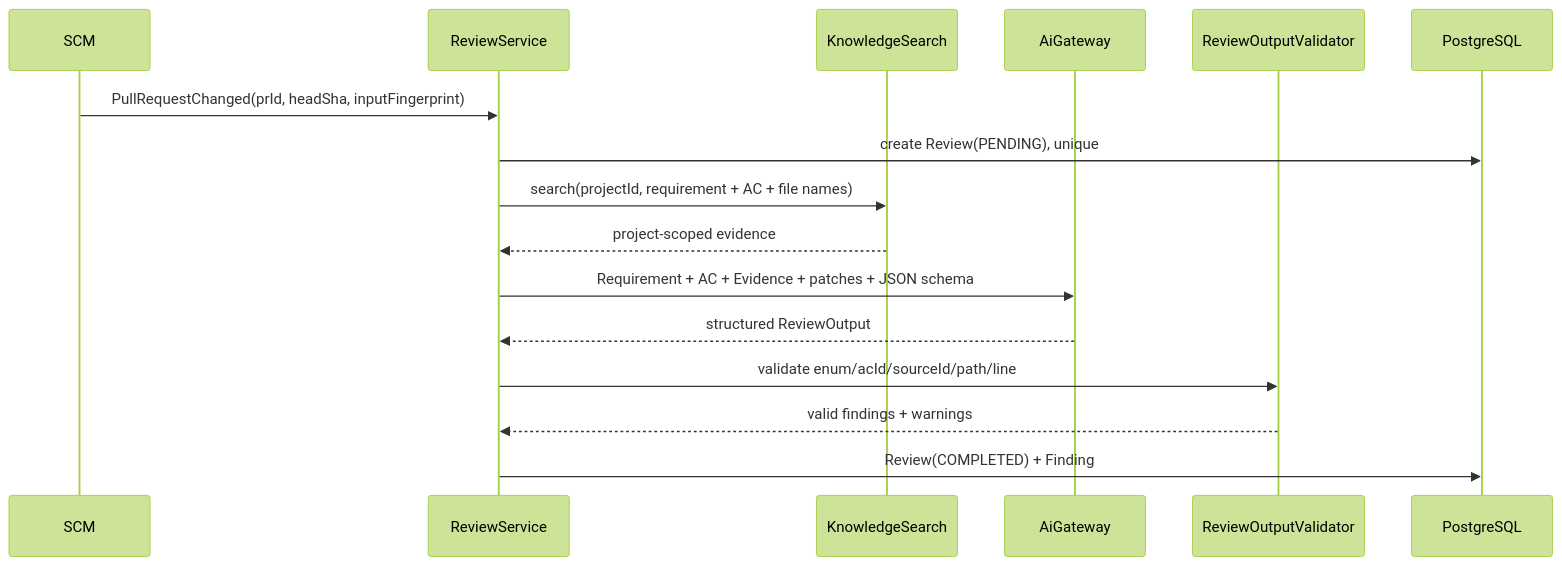
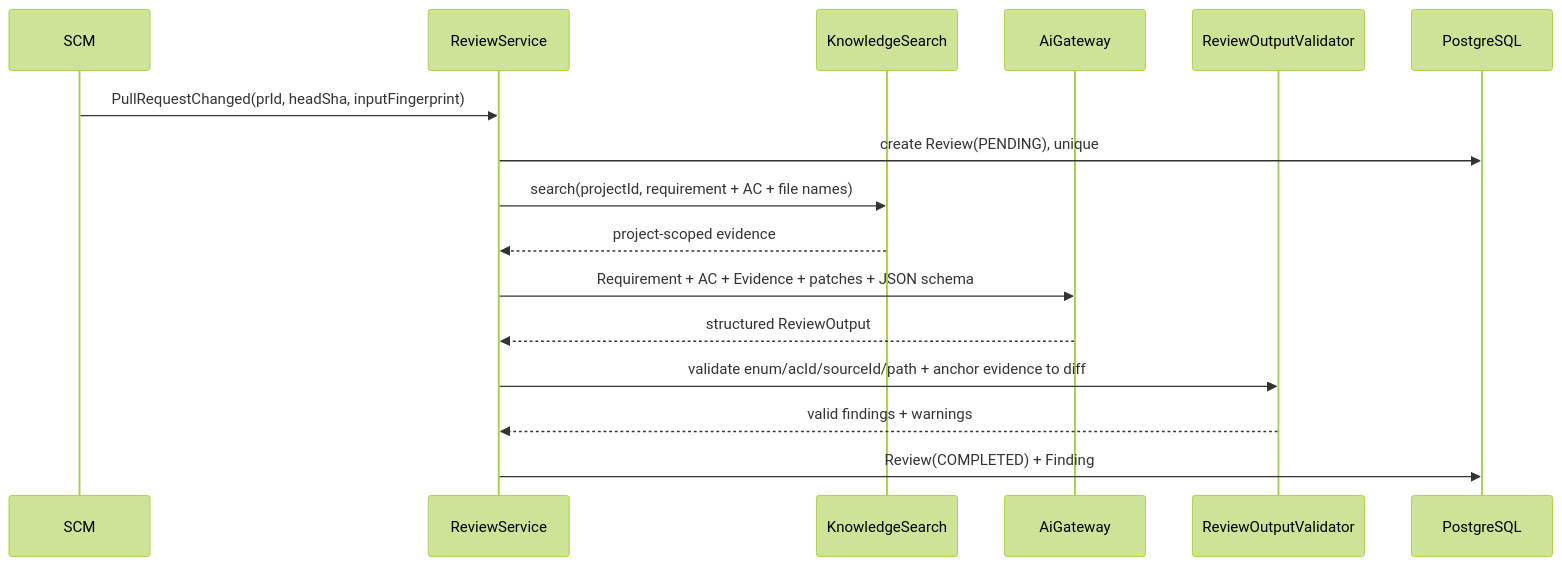
One commit to LinYsssss/ForgePilot changed the third of 3 diagrams in docs/v2/ARCHITECTURE.md. Above: the diagram before and after it, drawn with Mermaid (forest theme). The commit also changed other lines of this file and 11 other files, not shown here.

````diff
--- a/docs/v2/ARCHITECTURE.md
+++ b/docs/v2/ARCHITECTURE.md
@@ -371,19 +371,19 @@
 ```mermaid
 sequenceDiagram
     participant SCM
     participant R as ReviewService
     participant K as KnowledgeSearch
     participant A as AiGateway
     participant V as ReviewOutputValidator
     participant D as PostgreSQL
 
     SCM->>R: PullRequestChanged(prId, headSha, inputFingerprint)
     R->>D: create Review(PENDING), unique
     R->>K: search(projectId, requirement + AC + file names)
     K-->>R: project-scoped evidence
     R->>A: Requirement + AC + Evidence + patches + JSON schema
     A-->>R: structured ReviewOutput
-    R->>V: validate enum/acId/sourceId/path/line
+    R->>V: validate enum/acId/sourceId/path + anchor evidence to diff
     V-->>R: valid findings + warnings
     R->>D: Review(COMPLETED) + Finding
 ```
````
